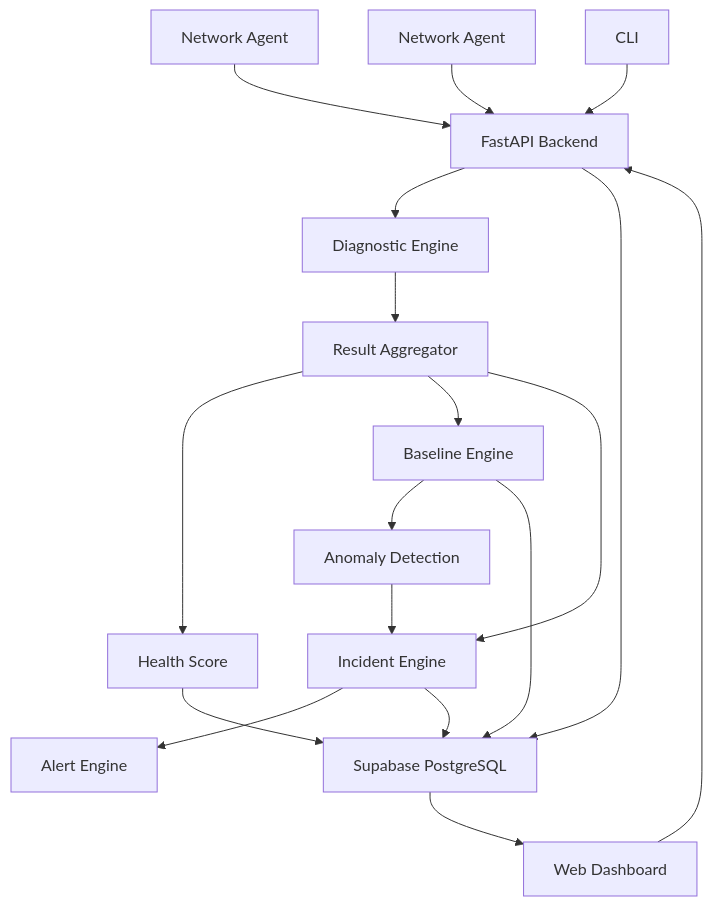
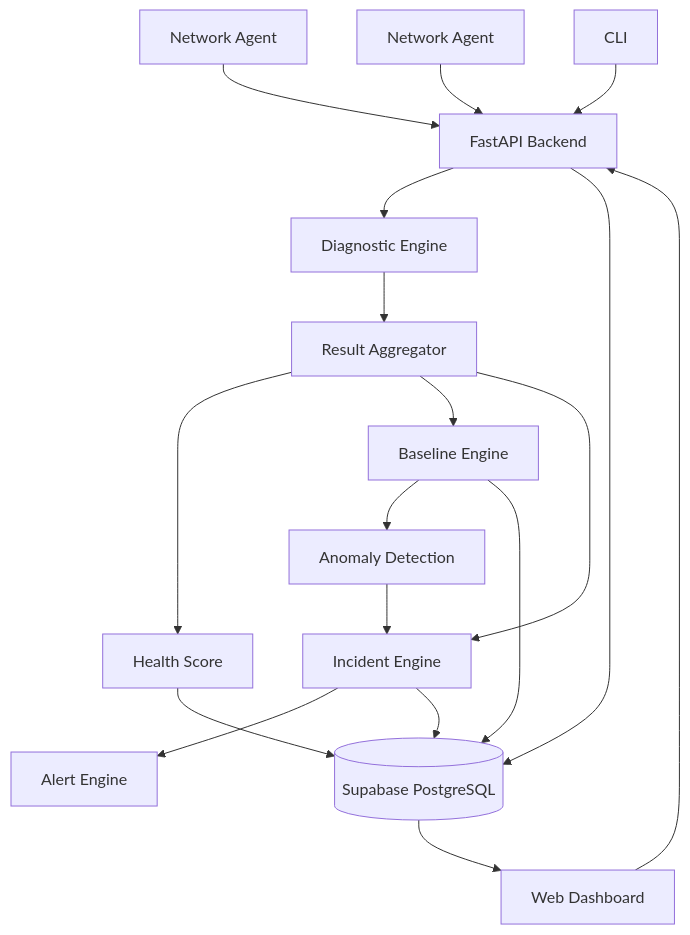
One commit to SiddharthaChathra/NetSentinal changed the diagram in README.md. Above: the diagram before and after it, drawn with Mermaid. The commit also changed other lines of this file, not shown here.

````diff
--- a/README.md
+++ b/README.md
@@ -11,26 +90,26 @@
 ```mermaid
 flowchart TD
     A[Network Agent] --> B[FastAPI Backend]
     C[Network Agent] --> B
     D[CLI] --> B
     E[Web Dashboard] --> B
 
     B --> F[Diagnostic Engine]
     F --> G[Result Aggregator]
     G --> H[Health Score]
 
     G --> I[Baseline Engine]
     I --> J[Anomaly Detection]
 
     G --> K[Incident Engine]
     J --> K
 
     K --> L[Alert Engine]
 
-    B --> M[Supabase PostgreSQL]
+    B --> M[(Supabase PostgreSQL)]
     K --> M
     I --> M
     H --> M
 
     M --> E
 ```
````
